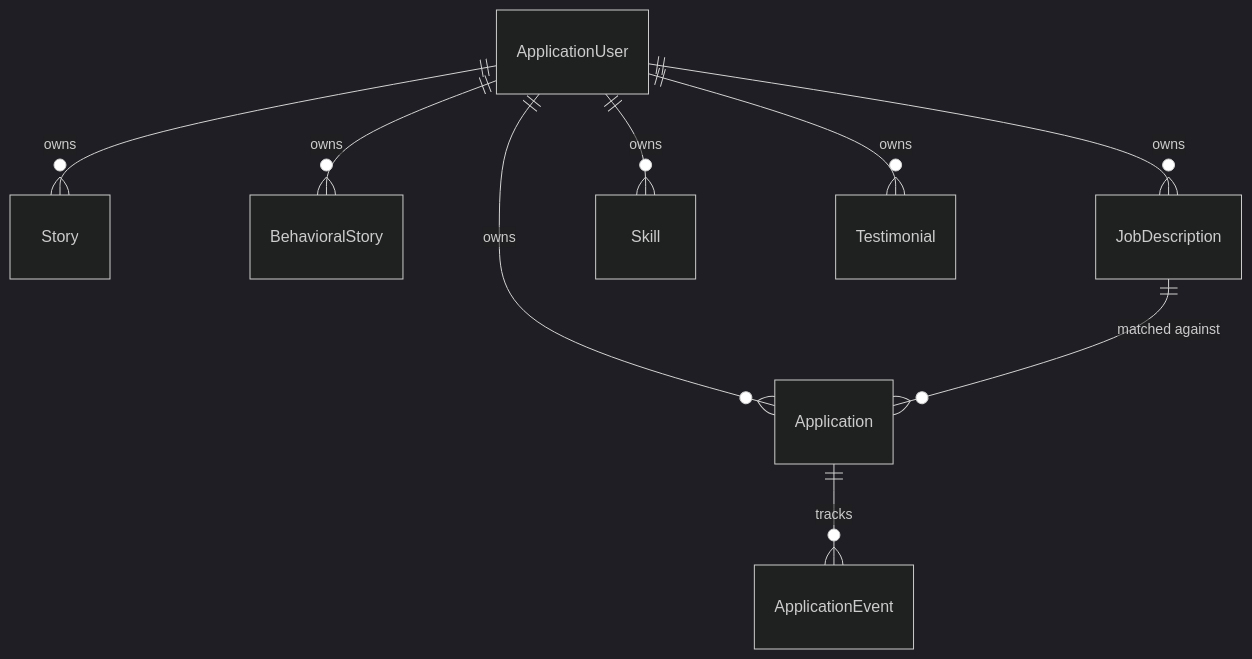
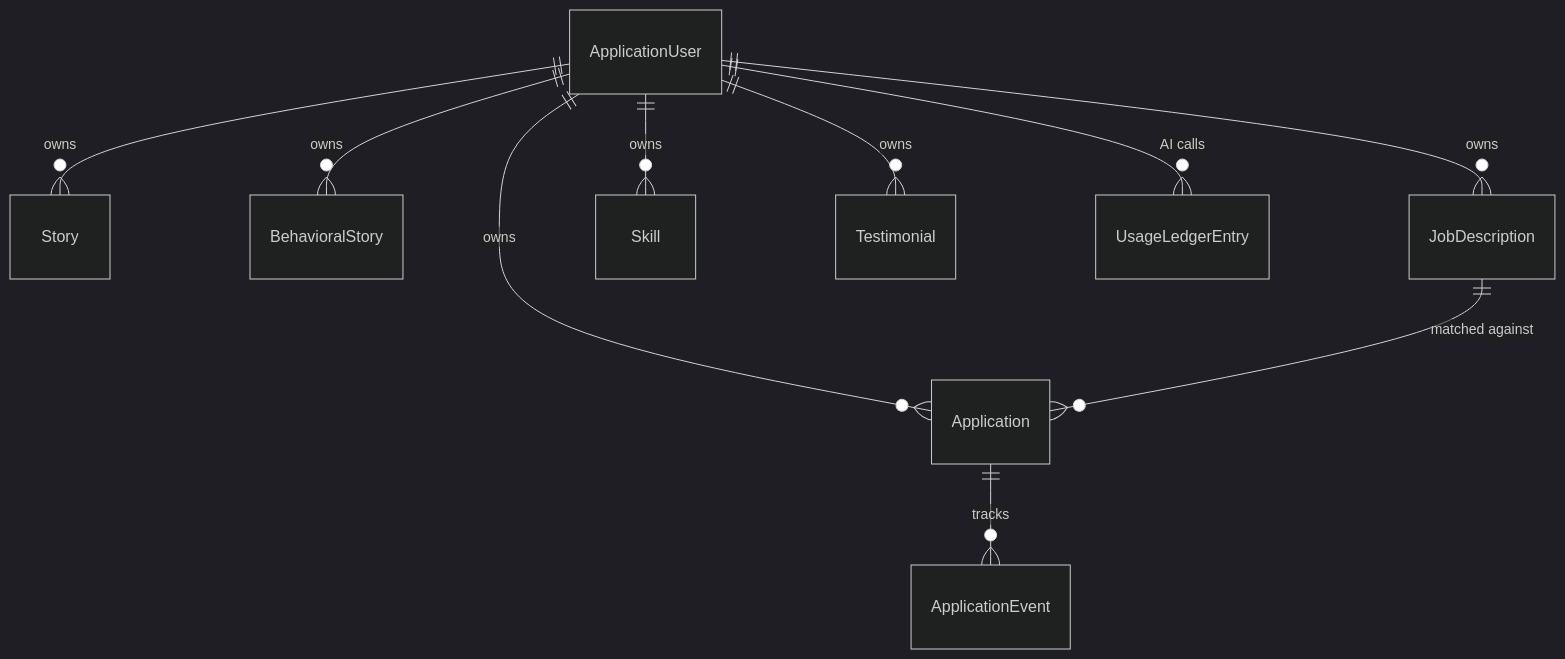
The second of 2 diagrams in README.md (austinchima/Precept), drawn with Mermaid (dark theme) before and after one commit. The commit also changed other lines of this file, not shown here.

````diff
--- a/README.md
+++ b/README.md
@@ -86,11 +86,12 @@
 ```mermaid
 erDiagram
     ApplicationUser ||--o{ Application       : owns
     ApplicationUser ||--o{ Story             : owns
     ApplicationUser ||--o{ BehavioralStory   : owns
     ApplicationUser ||--o{ JobDescription    : owns
     ApplicationUser ||--o{ Skill             : owns
     ApplicationUser ||--o{ Testimonial       : owns
+    ApplicationUser ||--o{ UsageLedgerEntry  : "AI calls"
     JobDescription  ||--o{ Application       : "matched against"
     Application     ||--o{ ApplicationEvent  : tracks
 ```
````
